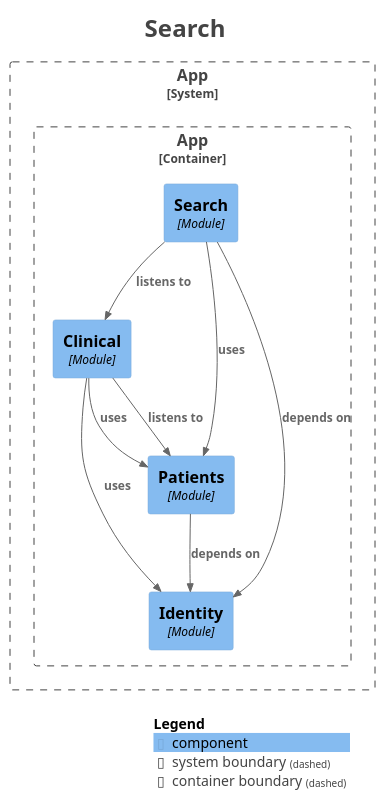
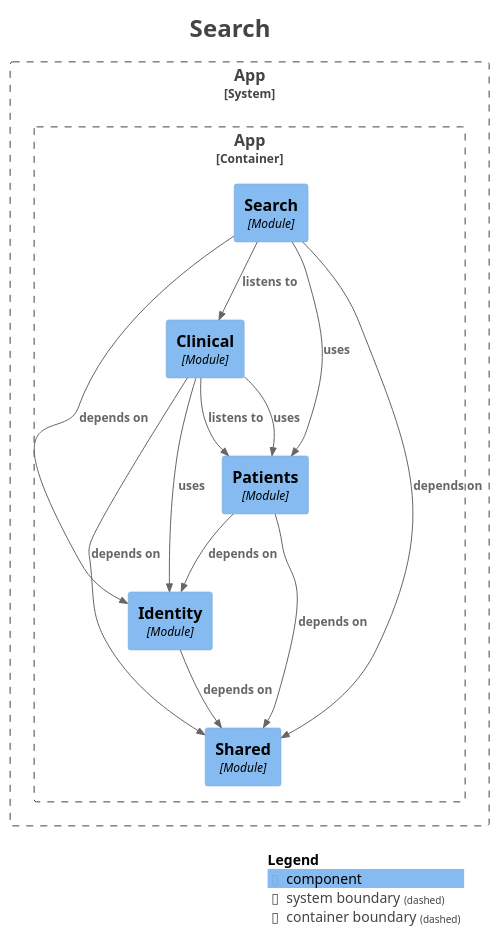
One commit to mrscams/psymate-api changed the diagram in docs/generated/module-search.puml. Above: the diagram before and after it, drawn with PlantUML. The commit also changed 58 other files, not shown here.

```diff
--- a/docs/generated/module-search.puml
+++ b/docs/generated/module-search.puml
@@ -1,38 +1,43 @@
 @startuml
 title <size:24>Search</size>
 
 set separator none
 top to bottom direction
 
 <style>
   root {
     BackgroundColor: #ffffff
     FontColor: #444444
   }
 </style>
 
 !include <C4/C4>
 !include <C4/C4_Context>
 !include <C4/C4_Component>
 
 System_Boundary("App_boundary", "App", $tags="") {
   Container_Boundary("App.App_boundary", "App", $tags="") {
     Component(App.App.Clinical, "Clinical", $techn="Module", $descr="", $tags="", $link="")
     Component(App.App.Identity, "Identity", $techn="Module", $descr="", $tags="", $link="")
     Component(App.App.Patients, "Patients", $techn="Module", $descr="", $tags="", $link="")
     Component(App.App.Search, "Search", $techn="Module", $descr="", $tags="", $link="")
+    Component(App.App.Shared, "Shared", $techn="Module", $descr="", $tags="", $link="")
   }
 
 }
 
 Rel(App.App.Clinical, App.App.Identity, "uses", $techn="", $tags="", $link="")
 Rel(App.App.Clinical, App.App.Patients, "listens to", $techn="", $tags="", $link="")
 Rel(App.App.Clinical, App.App.Patients, "uses", $techn="", $tags="", $link="")
+Rel(App.App.Clinical, App.App.Shared, "depends on", $techn="", $tags="", $link="")
+Rel(App.App.Identity, App.App.Shared, "depends on", $techn="", $tags="", $link="")
 Rel(App.App.Patients, App.App.Identity, "depends on", $techn="", $tags="", $link="")
+Rel(App.App.Patients, App.App.Shared, "depends on", $techn="", $tags="", $link="")
 Rel(App.App.Search, App.App.Clinical, "listens to", $techn="", $tags="", $link="")
 Rel(App.App.Search, App.App.Identity, "depends on", $techn="", $tags="", $link="")
 Rel(App.App.Search, App.App.Patients, "uses", $techn="", $tags="", $link="")
+Rel(App.App.Search, App.App.Shared, "depends on", $techn="", $tags="", $link="")
 
 SHOW_LEGEND(true)
 hide stereotypes
 @enduml
```
